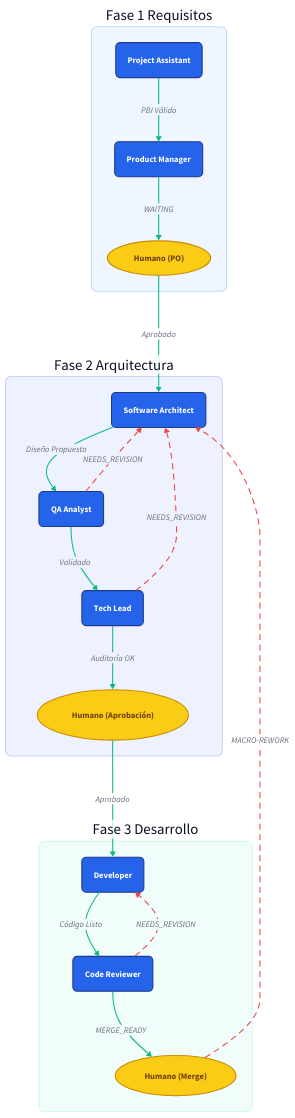
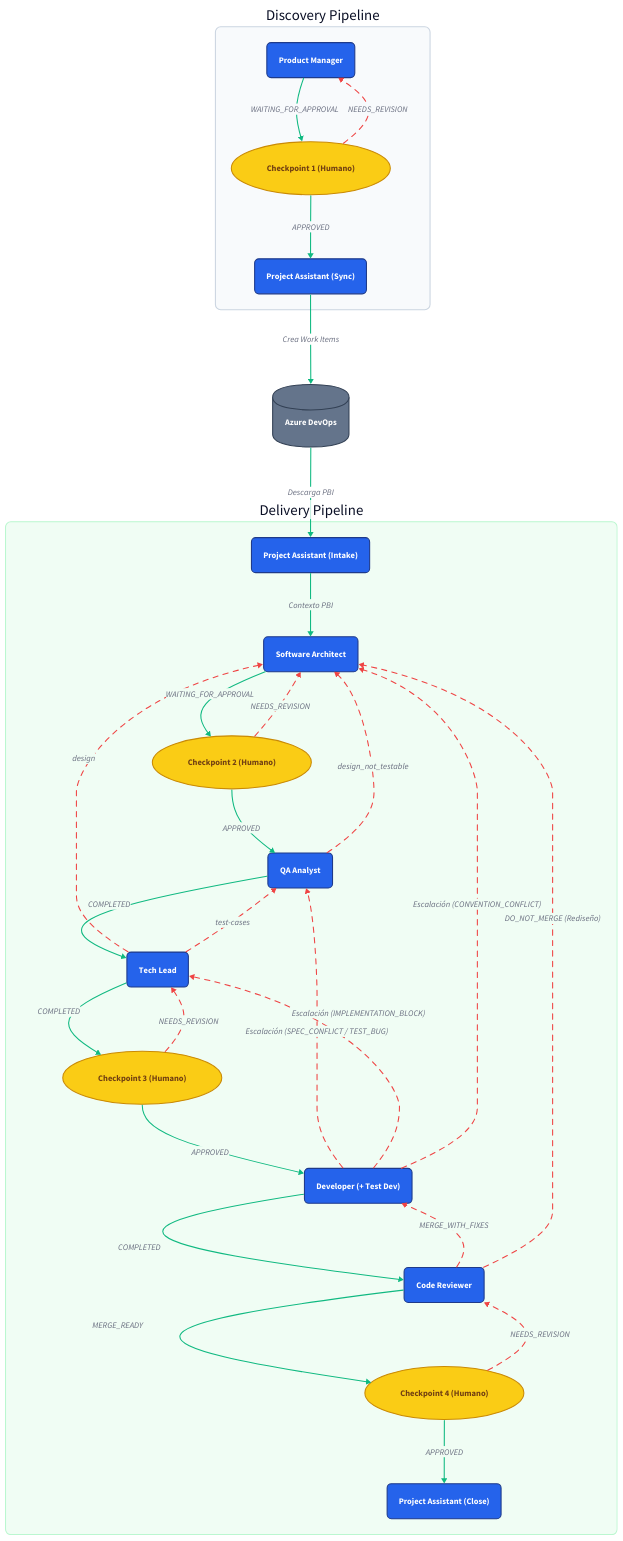
The diagram in .github/docs/pipeline-fsm.d2 (henksandoval/admin-panel), drawn with D2 before and after one commit. The commit also changed 1 other file, not shown here.

Commit message:
feat: update pipeline FSM documentation with refined class styles and new discovery and delivery workflows

```diff
--- a/.github/docs/pipeline-fsm.d2
+++ b/.github/docs/pipeline-fsm.d2
@@ -1,92 +1,91 @@
-# Dirección vertical (de arriba a abajo)
 direction: down
 
-# --- DEFINICIÓN DE ESTILOS (CLASES) ---
+# --- CLASES Y ESTILOS ---
 classes: {
   agent: {
     shape: rectangle
-    style: {
-      fill: "#2563eb"
-      stroke: "#1e3a8a"
-      border-radius: 8
-      font-color: white
-      bold: true
-    }
+    style: { fill: "#2563eb"; stroke: "#1e3a8a"; border-radius: 8; font-color: white; bold: true }
   }
   human: {
     shape: oval
-    style: {
-      fill: "#facc15"
-      stroke: "#ca8a04"
-      stroke-width: 2
-      font-color: "#713f12"
-      bold: true
-    }
+    style: { fill: "#facc15"; stroke: "#ca8a04"; stroke-width: 2; font-color: "#713f12"; bold: true }
+  }
+  system: {
+    shape: cylinder
+    style: { fill: "#64748b"; stroke: "#334155"; font-color: white; bold: true }
   }
   happy_path: {
-    style: {
-      stroke: "#10b981"
-      stroke-width: 2
-    }
+    style: { stroke: "#10b981"; stroke-width: 2 }
   }
   loop: {
-    style: {
-      stroke: "#ef4444"
-      stroke-width: 2
-      stroke-dash: 5
-      animated: true
-    }
+    style: { stroke: "#ef4444"; stroke-width: 2; stroke-dash: 5; animated: true }
   }
 }
 
-# --- FASE 1: REQUISITOS ---
-Fase 1 Requisitos: {
-  style: { fill: "#eff6ff"; stroke: "#bfdbfe"; border-radius: 10 }
+# --- 1. PIPELINE DE DISCOVERY ---
+Discovery Pipeline: {
+  style: { fill: "#f8fafc"; stroke: "#cbd5e1"; border-radius: 10 }
   
-  PA: Project Assistant { class: agent }
   PM: Product Manager { class: agent }
-  H1: Humano (PO) { class: human }
+  CP1: Checkpoint 1 (Humano) { class: human }
+  PA_Sync: Project Assistant (Sync) { class: agent }
 
-  PA -> PM: PBI Válido { class: happy_path }
-  PM -> H1: WAITING { class: happy_path }
+  # Camino Feliz
+  PM -> CP1: WAITING_FOR_APPROVAL { class: happy_path }
+  CP1 -> PA_Sync: APPROVED { class: happy_path }
+
+  # Bucle 1
+  CP1 -> PM: NEEDS_REVISION { class: loop }
 }
 
-# --- FASE 2: ARQUITECTURA Y QA ---
-Fase 2 Arquitectura: {
-  style: { fill: "#eef2ff"; stroke: "#c7d2fe"; border-radius: 10 }
+# --- FRONTERA ---
+ADO: Azure DevOps { class: system }
+
+Discovery Pipeline.PA_Sync -> ADO: Crea Work Items { class: happy_path }
+
+# --- 2. PIPELINE DE DELIVERY ---
+Delivery Pipeline: {
+  style: { fill: "#f0fdf4"; stroke: "#bbf7d0"; border-radius: 10 }
   
+  PA_Intake: Project Assistant (Intake) { class: agent }
   SA: Software Architect { class: agent }
+  CP2: Checkpoint 2 (Humano) { class: human }
   QA: QA Analyst { class: agent }
   TL: Tech Lead { class: agent }
-  H2: Humano (Aprobación) { class: human }
+  CP3: Checkpoint 3 (Humano) { class: human }
+  DEV: Developer (+ Test Dev) { class: agent }
+  CR: Code Reviewer { class: agent }
+  CP4: Checkpoint 4 (Humano) { class: human }
+  PA_Close: Project Assistant (Close) { class: agent }
 
-  SA -> QA: Diseño Propuesto { class: happy_path }
-  QA -> TL: Validado { class: happy_path }
-  TL -> H2: Auditoría OK { class: happy_path }
-  
-  # Bucles internos de la Fase 2
-  QA -> SA: NEEDS_REVISION { class: loop }
-  TL -> SA: NEEDS_REVISION { class: loop }
+  # Camino Feliz
+  PA_Intake -> SA: Contexto PBI { class: happy_path }
+  SA -> CP2: WAITING_FOR_APPROVAL { class: happy_path }
+  CP2 -> QA: APPROVED { class: happy_path }
+  QA -> TL: COMPLETED { class: happy_path }
+  TL -> CP3: COMPLETED { class: happy_path }
+  CP3 -> DEV: APPROVED { class: happy_path }
+  DEV -> CR: COMPLETED { class: happy_path }
+  CR -> CP4: MERGE_READY { class: happy_path }
+  CP4 -> PA_Close: APPROVED { class: happy_path }
+
+  # Bucles Internos de Delivery
+  CP2 -> SA: NEEDS_REVISION { class: loop }
+  QA -> SA: design_not_testable { class: loop }
+  TL -> SA: design { class: loop }
+  TL -> QA: test-cases { class: loop }
+  CP3 -> TL: NEEDS_REVISION { class: loop }
+  CR -> DEV: MERGE_WITH_FIXES { class: loop }
+  CP4 -> CR: NEEDS_REVISION { class: loop }
 }
 
-# --- FASE 3: DESARROLLO ---
-Fase 3 Desarrollo: {
-  style: { fill: "#f0fdfa"; stroke: "#ccfbf1"; border-radius: 10 }
-  
-  DEV: Developer { class: agent }
-  CR: Code Reviewer { class: agent }
-  H3: Humano (Merge) { class: human }
+ADO -> Delivery Pipeline.PA_Intake: Descarga PBI { class: happy_path }
 
-  DEV -> CR: Código Listo { class: happy_path }
-  CR -> H3: MERGE_READY { class: happy_path }
-  
-  # Bucle interno de la Fase 3
-  CR -> DEV: NEEDS_REVISION { class: loop }
-}
+# --- MACRO-BUCLES Y ESCALACIONES ---
+# Escalaciones del Developer (Bucle 5)
+Delivery Pipeline.DEV -> Delivery Pipeline.QA: Escalación (SPEC_CONFLICT / TEST_BUG) { class: loop }
+Delivery Pipeline.DEV -> Delivery Pipeline.TL: Escalación (IMPLEMENTATION_BLOCK) { class: loop }
+Delivery Pipeline.DEV -> Delivery Pipeline.SA: Escalación (CONVENTION_CONFLICT) { class: loop }
 
-# --- CONEXIONES ENTRE FASES (Camino Feliz) ---
-Fase 1 Requisitos.H1 -> Fase 2 Arquitectura.SA: Aprobado { class: happy_path }
-Fase 2 Arquitectura.H2 -> Fase 3 Desarrollo.DEV: Aprobado { class: happy_path }
-
-# --- MACRO-BUCLES (Escalaciones) ---
-Fase 3 Desarrollo.H3 -> Fase 2 Arquitectura.SA: MACRO-REWORK { class: loop }
+# DO_NOT_MERGE (Bucle 7)
+Delivery Pipeline.CR -> Delivery Pipeline.SA: DO_NOT_MERGE (Rediseño) { class: loop }
```
